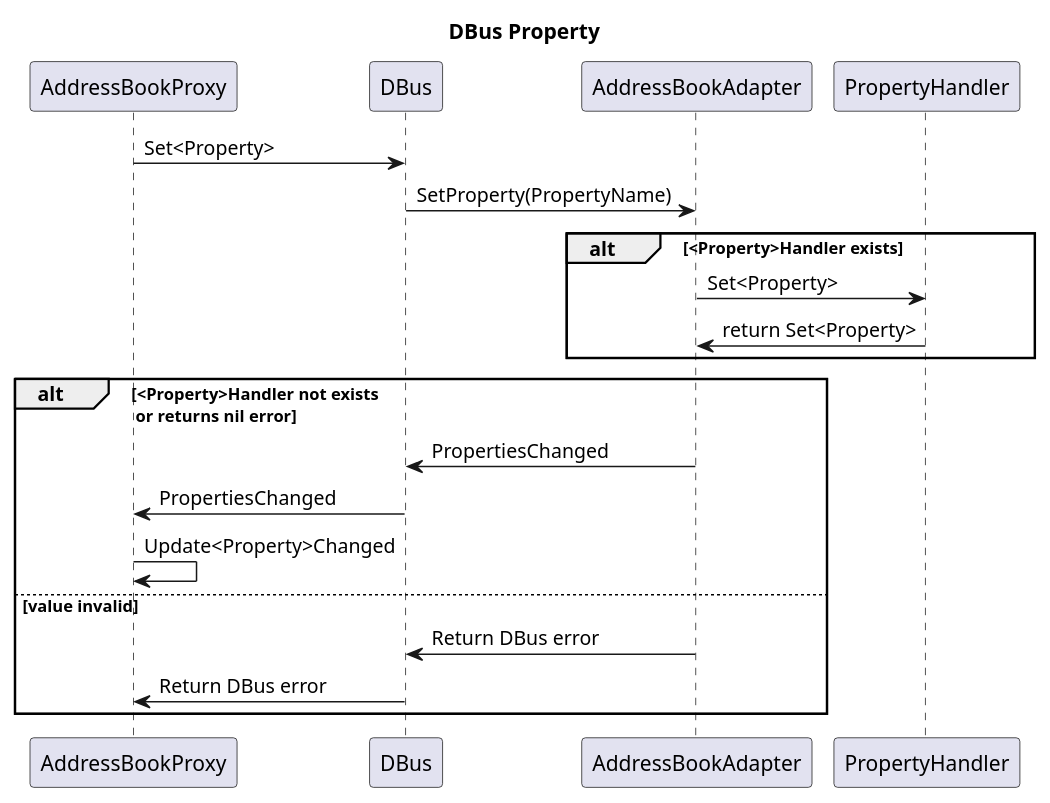
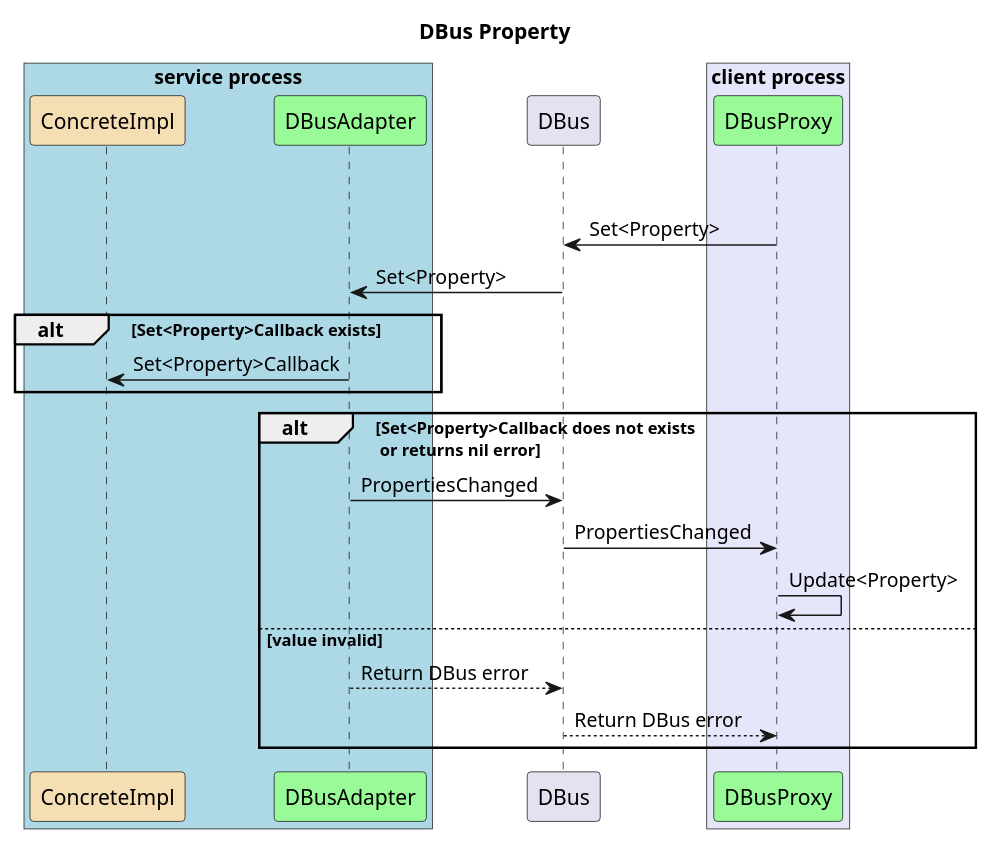
The diagram in assets/property-get-set-sequence.puml (idleroamer/goqface), drawn with PlantUML before and after one commit. The commit also changed 11 other files, not shown here.

```diff
--- a/assets/property-get-set-sequence.puml
+++ b/assets/property-get-set-sequence.puml
@@ -1,17 +1,28 @@
 @startuml
 title DBus Property 
-AddressBookProxy -> DBus: Set<Property>
-AddressBookAdapter <- DBus: SetProperty(PropertyName)
-alt <Property>Handler exists
-AddressBookAdapter ->  PropertyHandler: Set<Property>
-PropertyHandler -> AddressBookAdapter: return Set<Property>
+box "service process" #LightBlue
+participant ConcreteImpl #Wheat
+participant DBusAdapter #PaleGreen
+end box
+
+DBusAdapter -[hidden]> DBus: Set<Property>
+
+box "client process" #Lavender
+participant DBusProxy #PaleGreen
+end box
+
+DBusProxy -> DBus: Set<Property>
+
+DBusAdapter <- DBus: Set<Property>
+alt Set<Property>Callback exists
+DBusAdapter ->  ConcreteImpl: Set<Property>Callback
 end
-alt <Property>Handler not exists \n or returns nil error
-AddressBookAdapter -> DBus: PropertiesChanged
-DBus -> AddressBookProxy: PropertiesChanged 
-AddressBookProxy -> AddressBookProxy: Update<Property>Changed
+alt Set<Property>Callback does not exists \n or returns nil error
+DBusAdapter -> DBus: PropertiesChanged
+DBus -> DBusProxy: PropertiesChanged 
+DBusProxy -> DBusProxy: Update<Property>
 else value invalid
-AddressBookAdapter -> DBus: Return DBus error
-DBus -> AddressBookProxy: Return DBus error
+DBusAdapter --> DBus: Return DBus error
+DBus --> DBusProxy: Return DBus error
 end
 @enduml
```
